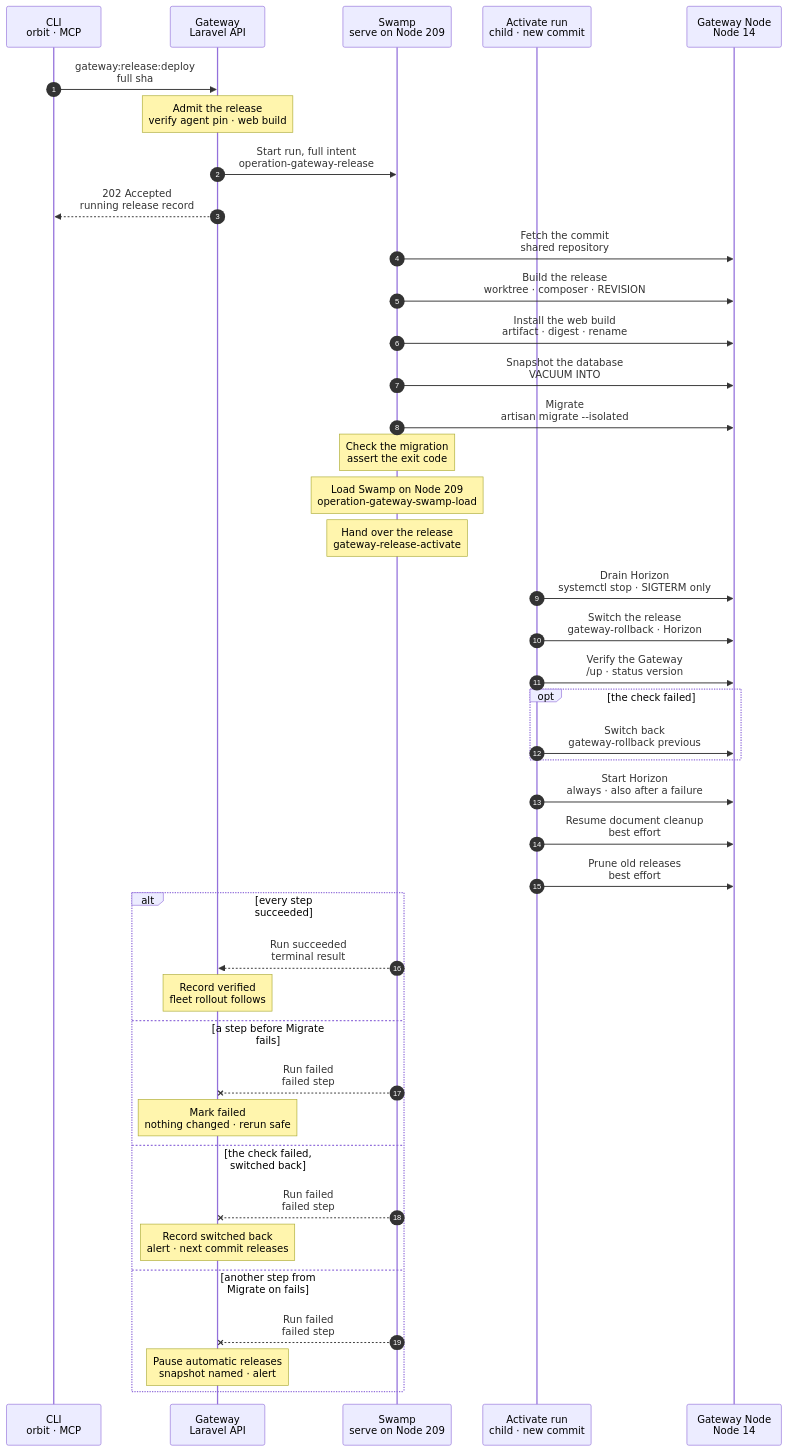
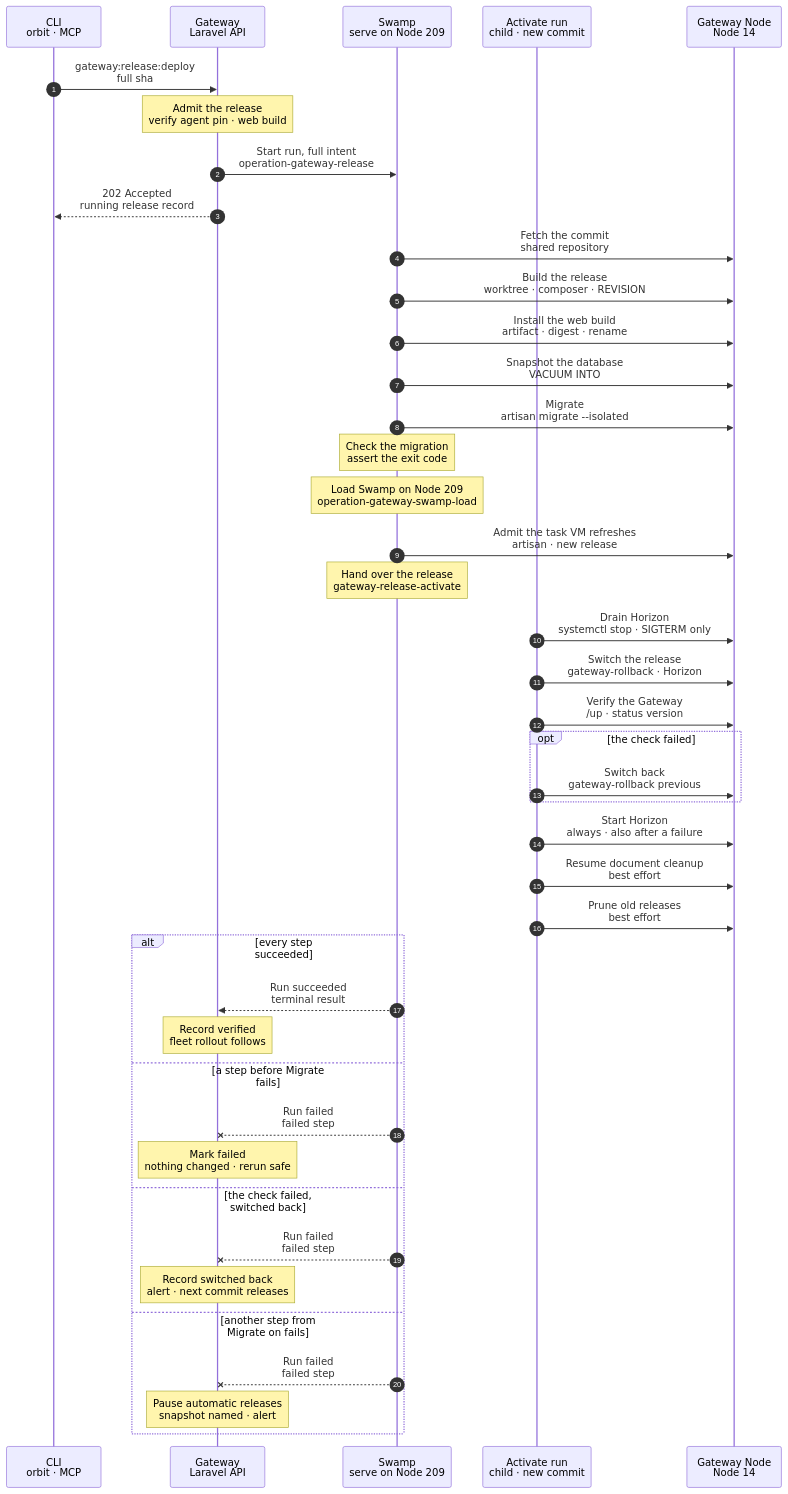
One commit to hardimpactdev/orbit changed the diagram in docs/cli/gateway/release-deploy.mmd. Above: the diagram before and after it, drawn with Mermaid. The commit also changed 18 other files, not shown here.

First line of the commit message:
Task VM base refresh in every release, from the step after the Swamp load; newest commit queues behind an open refresh

```diff
--- a/docs/cli/gateway/release-deploy.mmd
+++ b/docs/cli/gateway/release-deploy.mmd
@@ -1,94 +1,100 @@
 sequenceDiagram
   %% Target design: docs/reference/feature-flow.md section 6, one Swamp workflow per Gateway release, manual or automatic.
   %% A failed check switches back; migrations are expand and contract. docs/reference/gateway-recovery.md#release-as-a-swamp-run.
   %% status: draft
   %% command: gateway:release:deploy
   %% kind: gateway.release
   %% behavior name: gateway-release-<step>-209 (fixed)
   autonumber
   %% lane TR icon=terminal pill=caller tone=gray
   %% lane GW icon=gateway pill=intent tone=blue
   %% lane SW icon=workflow pill=executes tone=green
   %% lane AC icon=workflow pill=child tone=green
   %% lane GN icon=server pill=target tone=amber
   participant TR as CLI<br/>orbit · MCP
   participant GW as Gateway<br/>Laravel API
   participant SW as Swamp<br/>serve on Node 209
   participant AC as Activate run<br/>child · new commit
   participant GN as Gateway Node<br/>Node 14
   TR->>GW: gateway:release:deploy<br/>full sha
   %%> Command:
   %%> - `orbit gateway:release:deploy <full sha>`; the automatic tick admits the newest green commit the same way
   Note over GW: Admit the release<br/>verify agent pin · web build
   %%> Requirements:
   %%> - the full commit; no other release queued or running
   %%> - the agent pin passes its Sigstore check; CI published the commit's web build
   %%> Result:
   %%> - a running release record; the pin, artifact, Horizon unit and SSH targets frozen as inputs
   GW->>SW: Start run, full intent<br/>operation-gateway-release
   %%> What it does:
   %%> - at run start, mints one read token (contents, actions) into the vault
   GW-->>TR: 202 Accepted<br/>running release record
   SW->>GN: Fetch the commit<br/>shared repository
   %%> What it does:
   %%> - fetches the commit with the read token when the shared repository lacks it; the token reaches git only in its environment
   %%> Decided by the orchestrator, for Nick's review:
   %%> - the fetch is its own step, so that the build runs its script from the commit being released, not from the live release
   SW->>GN: Build the release<br/>worktree · composer · REVISION
   %%> What it does:
   %%> - refuses a commit that does not descend from the current release
   %%> - links shared env and storage, installs dependencies, seals with `REVISION` and a cached config
   %%> - a sealed release of the commit is reused
   SW->>GN: Install the web build<br/>artifact · digest · rename
   SW->>GN: Snapshot the database<br/>VACUUM INTO
   SW->>GN: Migrate<br/>artisan migrate --isolated
   %%> What it does:
   %%> - prints the end of the migration's output and its exit code; a failed exec would keep no output
   Note over SW: Check the migration<br/>assert the exit code
   %%> On failure:
   %%> - from here until the switch, the release pauses with the old release live
   %%> - the record's message ends with the migration's output
   Note over SW: Load Swamp on Node 209<br/>operation-gateway-swamp-load
   %%> What it does:
   %%> - the load child: checkout, grants the new release rendered, serve reload
+  SW->>GN: Admit the task VM refreshes<br/>artisan · new release
+  %%> What it does:
+  %%> - runs `task-vms:refresh-images --commit <sha>` from the new release: one `task_vm.image_refresh` run per task VM host, admitted by the new commit's code, started on the workflows the load installed, and running while the release goes on to switch (docs/cli/tasks/vm-image-refresh.mmd)
+  %%> - every release refreshes, code-only ones too: the base holds the warm checkout and the nested Gateway agent of the commit
+  %%> On failure:
+  %%> - best effort: the release never fails for it, and the hand-over waits only for the admission, a few seconds
   Note over SW: Hand over the release<br/>gateway-release-activate
   %%> Why:
   %%> - the child runs from the definition the load installed, so the switch runs the new commit's steps
   AC->>GN: Drain Horizon<br/>systemctl stop · SIGTERM only
   %%> What it does:
   %%> - waits until the unit's whole control group is empty, as long as the drain allows; Horizon's jobs open SSH connections of their own, so no shared connection master stays in the group, and the wait covers any other process a job leaves
   %%> - refuses to stop a unit that lacks the stop policy (`KillMode=mixed`, `SendSIGKILL=no`), because it would kill a running job
   %%> On failure:
   %%> - the run fails with `gateway.release_horizon_unit_stale` for a unit without the policy, or `gateway.release_horizon_not_drained` when the unit did not stop in time; Horizon is started again below
   AC->>GN: Switch the release<br/>gateway-rollback · Horizon
   %%> Why:
   %%> - the same script an operator rolls back with: links, PHP-FPM reload, running services restart
   AC->>GN: Verify the Gateway<br/>/up · status version
   opt the check failed
     AC->>GN: Switch back<br/>gateway-rollback previous
   end
   AC->>GN: Start Horizon<br/>always · also after a failure
   %%> Why:
   %%> - the release drained Horizon, so every end of the run leaves it running: the old release after a failed drain or a switch back, the new one after a verified switch
   %%> - starting a running unit changes nothing
   %%> Decided by the orchestrator, for Nick's review:
   %%> - the drain relies on the unit's stop policy alone; the rollback script no longer starts a stopped Horizon, because this step does after every end of the run
   AC->>GN: Resume document cleanup<br/>best effort
   %%> Why:
   %%> - the scheduler restart paused the release cleanups; one that stays paused never fails the release
   AC->>GN: Prune old releases<br/>best effort
   alt every step succeeded
     SW-->>GW: Run succeeded<br/>terminal result
     Note over GW: Record verified<br/>fleet rollout follows
     %%> Next:
     %%> - the Gateway queues one `fleet.rollout` admission for the Nodes behind this commit (`fleet:rollout`)
   else a step before Migrate fails
     SW--xGW: Run failed<br/>failed step
     Note over GW: Mark failed<br/>nothing changed · rerun safe
   else the check failed, switched back
     SW--xGW: Run failed<br/>failed step
     Note over GW: Record switched back<br/>alert · next commit releases
   else another step from Migrate on fails
     SW--xGW: Run failed<br/>failed step
     Note over GW: Pause automatic releases<br/>snapshot named · alert
   end
```
